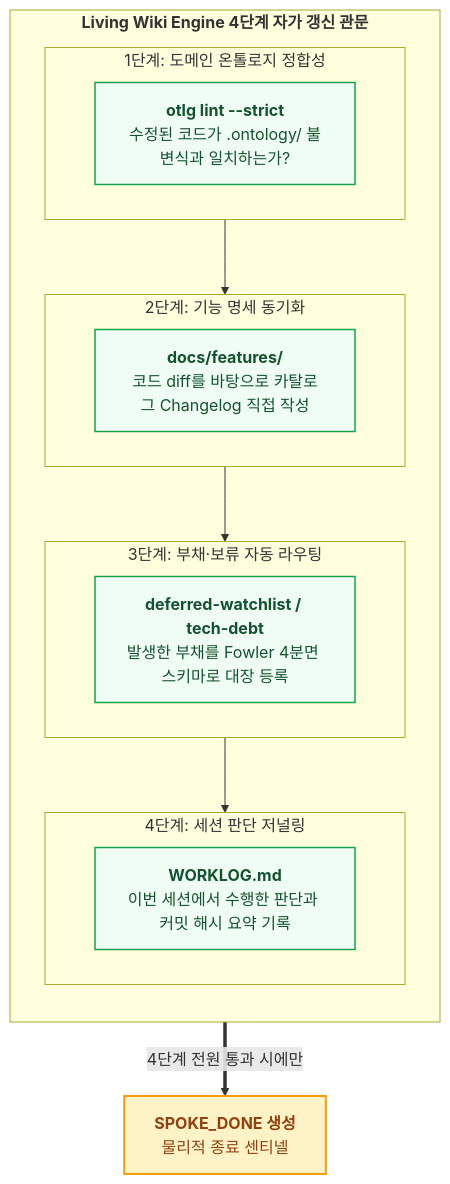
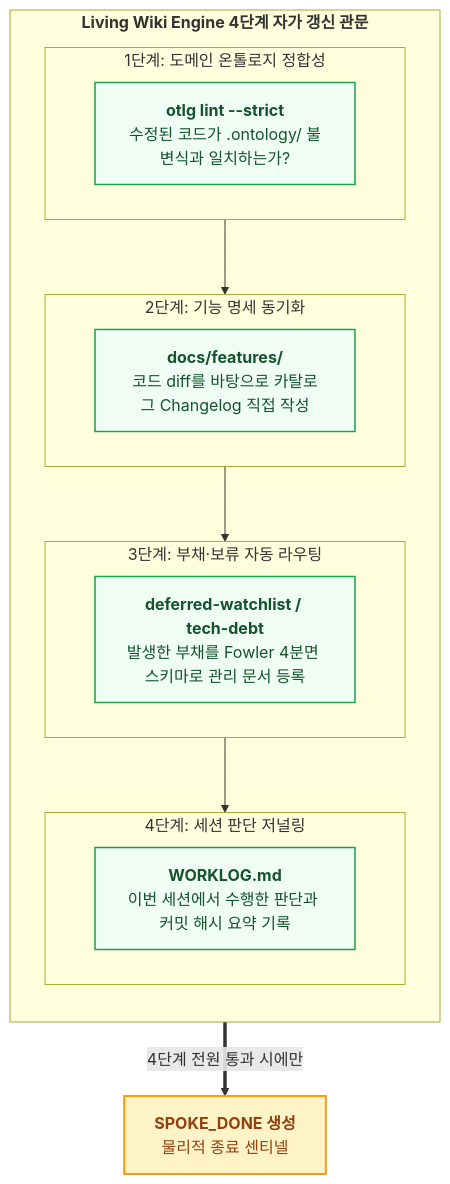
One commit to tomato-vault/tomato-vault.github.io changed the second of 2 diagrams in _posts/tech/ontology-engineering/6 문서는 스스로 숨 쉰다.md. Above: the diagram before and after it, drawn with Mermaid. The commit also changed other lines of this file and 24 other files, not shown here.

````diff
--- a/_posts/tech/ontology-engineering/6 문서는 스스로 숨 쉰다.md
+++ b/_posts/tech/ontology-engineering/6 문서는 스스로 숨 쉰다.md
@@ -162,24 +162,24 @@
 ```mermaid
 flowchart TD
     subgraph LivingWiki ["<b>Living Wiki Engine 4단계 자가 갱신 관문</b>"]
         direction TB
         subgraph OTLG ["1단계: 도메인 온톨로지 정합성"]
             W1["<b>otlg lint --strict</b><br/>수정된 코드가 .ontology/ 불변식과 일치하는가?"]
         end
         subgraph CATALOG ["2단계: 기능 명세 동기화"]
             W2["<b>docs/features/</b><br/>코드 diff를 바탕으로 카탈로그 Changelog 직접 작성"]
         end
         subgraph DEBT ["3단계: 부채·보류 자동 라우팅"]
-            W3["<b>deferred-watchlist / tech-debt</b><br/>발생한 부채를 Fowler 4분면 스키마로 대장 등록"]
+            W3["<b>deferred-watchlist / tech-debt</b><br/>발생한 부채를 Fowler 4분면 스키마로 관리 문서 등록"]
         end
         subgraph LOG ["4단계: 세션 판단 저널링"]
             W4["<b>WORKLOG.md</b><br/>이번 세션에서 수행한 판단과 커밋 해시 요약 기록"]
         end
         OTLG --> CATALOG --> DEBT --> LOG
     end
     LivingWiki ==>|"4단계 전원 통과 시에만"| Done["<b>SPOKE_DONE 생성</b><br/>물리적 종료 센티넬"]
     classDef stepStyle fill:#f0fdf4,stroke:#16a34a,stroke-width:1.5px,color:#14532d
     classDef doneStyle fill:#fef3c7,stroke:#f59e0b,stroke-width:2px,color:#92400e
     class W1,W2,W3,W4 stepStyle
     class Done doneStyle
 ```
````
